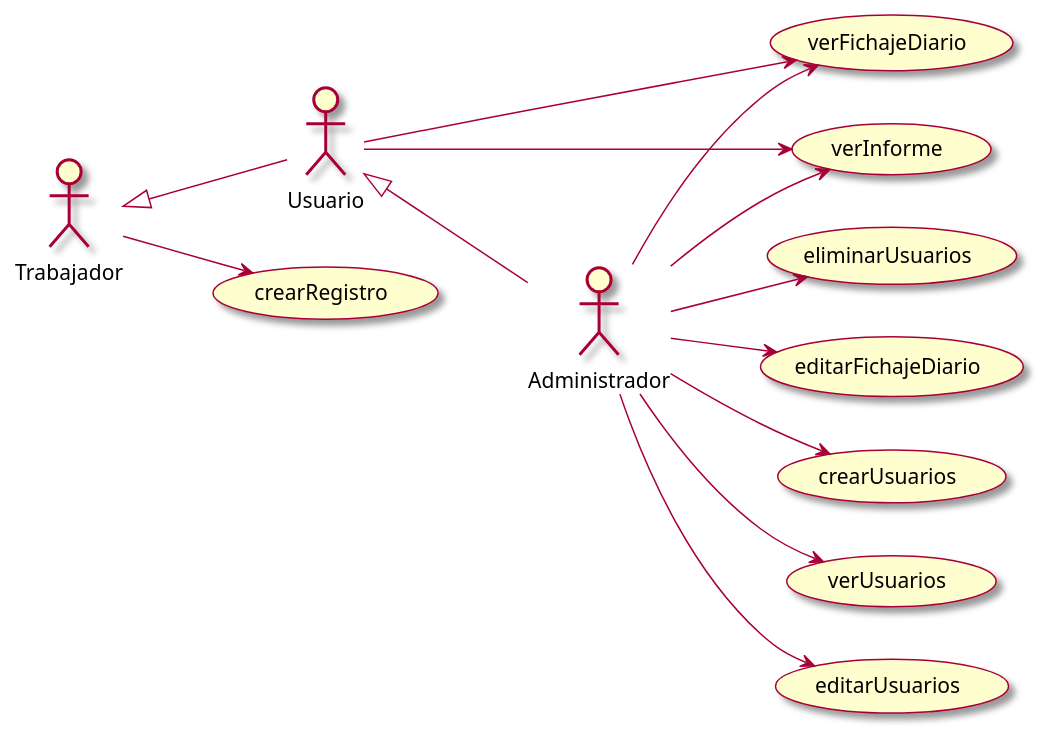
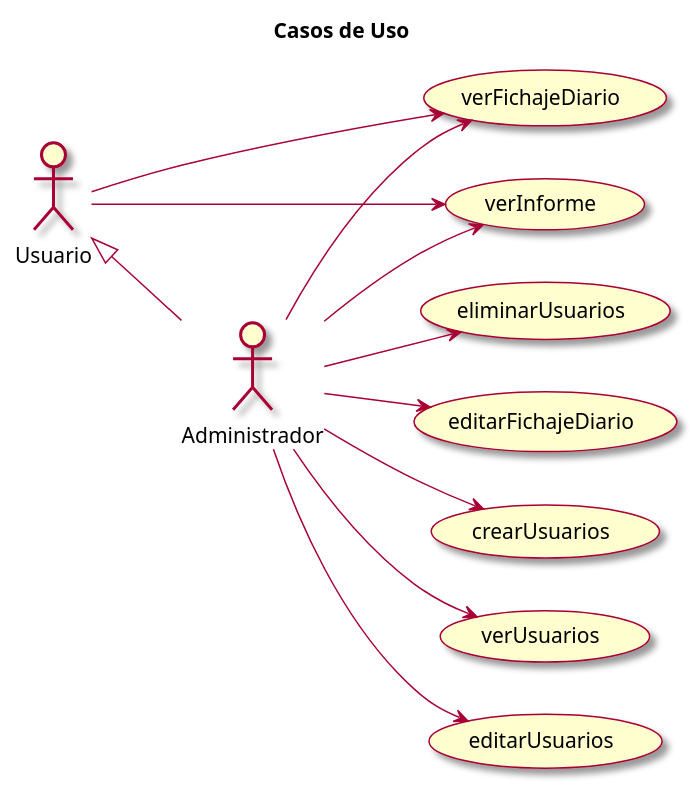
One commit to mmasias/23-24-IdSw1-SDR changed the diagram in modelosUML/casosDeUso/casosDeUso.puml. Above: the diagram before and after it, drawn with PlantUML. The commit also changed 2 other files, not shown here.

Commit message:
Actualizar los casos de uso

```diff
--- a/modelosUML/casosDeUso/casosDeUso.puml
+++ b/modelosUML/casosDeUso/casosDeUso.puml
@@ -1,24 +1,22 @@
 @startuml Diagrama de CDU
 
 skin rose
 left to right direction
+title Casos de Uso
 
-Usuario -up-|> Trabajador
 Administrador -up-|> Usuario
-
-Trabajador --> (crearRegistro)
 
 Usuario --> (verFichajeDiario)
 Usuario --> (verInforme)
 
 Administrador --> (verFichajeDiario)
 Administrador --> (editarFichajeDiario)
 
 Administrador --> (verInforme)
 
 Administrador --> (crearUsuarios)
 Administrador --> (verUsuarios)
 Administrador --> (editarUsuarios)
 Administrador --> (eliminarUsuarios)
 
 @enduml
```
